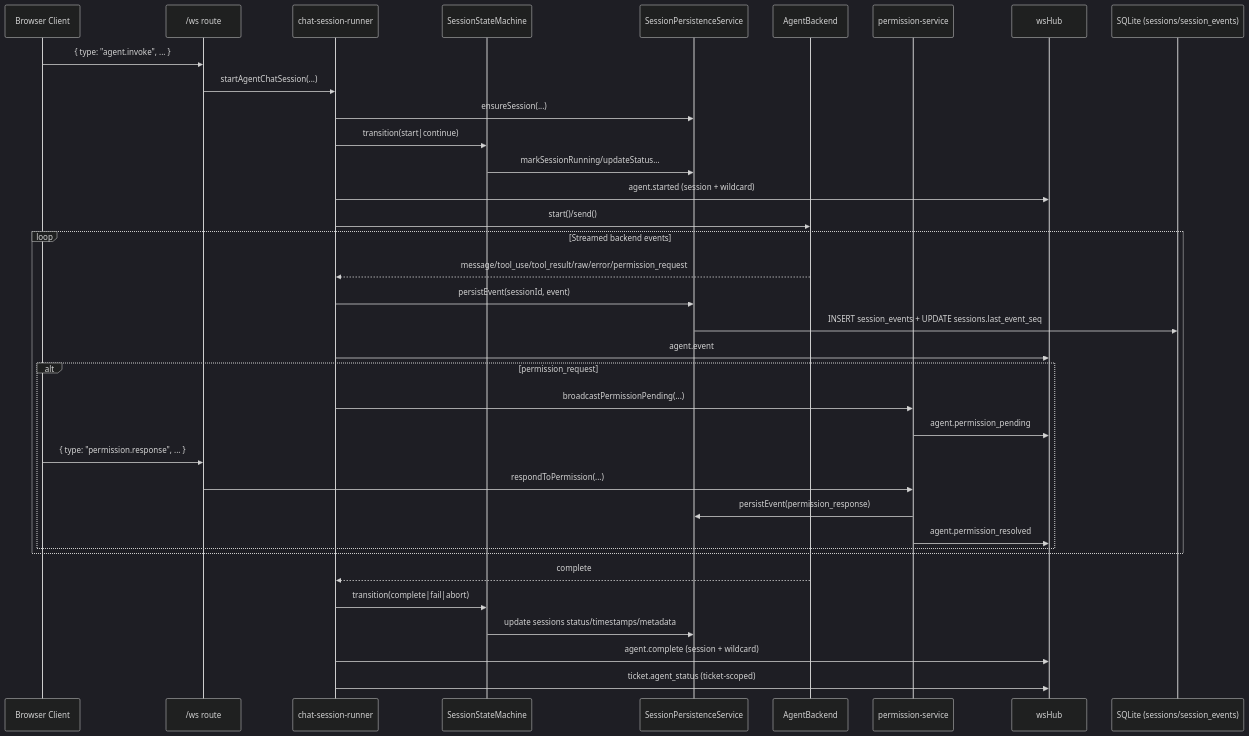
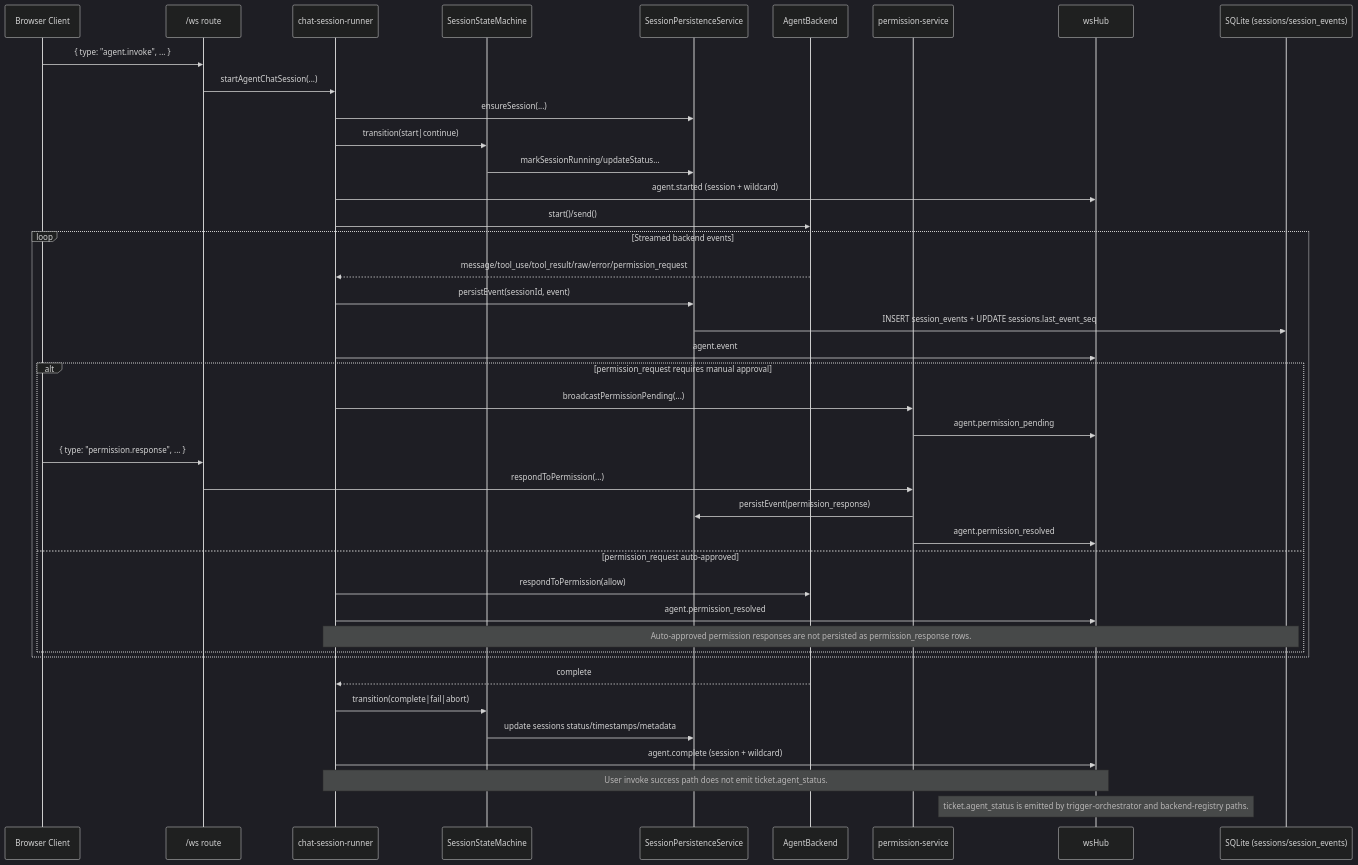
The second of 3 diagrams in docs/architecture/agent-lifecycle.md (KombuseLabs/kombuse), drawn with Mermaid (dark theme) before and after one commit. The commit also changed other lines of this file and 2 other files, not shown here.

Commit message:
docs: fix agent lifecycle and websocket accuracy

````diff
--- a/docs/architecture/agent-lifecycle.md
+++ b/docs/architecture/agent-lifecycle.md
@@ -77,42 +77,47 @@
 ```mermaid
 sequenceDiagram
     participant Client as Browser Client
     participant WS as /ws route
     participant Runner as chat-session-runner
     participant SM as SessionStateMachine
     participant Persist as SessionPersistenceService
     participant Backend as AgentBackend
     participant Perm as permission-service
     participant Hub as wsHub
     participant DB as SQLite (sessions/session_events)
 
     Client->>WS: { type: "agent.invoke", ... }
     WS->>Runner: startAgentChatSession(...)
     Runner->>Persist: ensureSession(...)
     Runner->>SM: transition(start|continue)
     SM->>Persist: markSessionRunning/updateStatus...
     Runner->>Hub: agent.started (session + wildcard)
     Runner->>Backend: start()/send()
 
     loop Streamed backend events
         Backend-->>Runner: message/tool_use/tool_result/raw/error/permission_request
         Runner->>Persist: persistEvent(sessionId, event)
         Persist->>DB: INSERT session_events + UPDATE sessions.last_event_seq
         Runner->>Hub: agent.event
 
-        alt permission_request
+        alt permission_request requires manual approval
             Runner->>Perm: broadcastPermissionPending(...)
             Perm->>Hub: agent.permission_pending
             Client->>WS: { type: "permission.response", ... }
             WS->>Perm: respondToPermission(...)
             Perm->>Persist: persistEvent(permission_response)
             Perm->>Hub: agent.permission_resolved
+        else permission_request auto-approved
+            Runner->>Backend: respondToPermission(allow)
+            Runner->>Hub: agent.permission_resolved
+            Note over Runner,DB: Auto-approved permission responses are not persisted as permission_response rows.
         end
     end
 
     Backend-->>Runner: complete
     Runner->>SM: transition(complete|fail|abort)
     SM->>Persist: update sessions status/timestamps/metadata
     Runner->>Hub: agent.complete (session + wildcard)
-    Runner->>Hub: ticket.agent_status (ticket-scoped)
+    Note over Runner,Hub: User invoke success path does not emit ticket.agent_status.
+    Note over Hub: ticket.agent_status is emitted by trigger-orchestrator and backend-registry paths.
 ```
````
